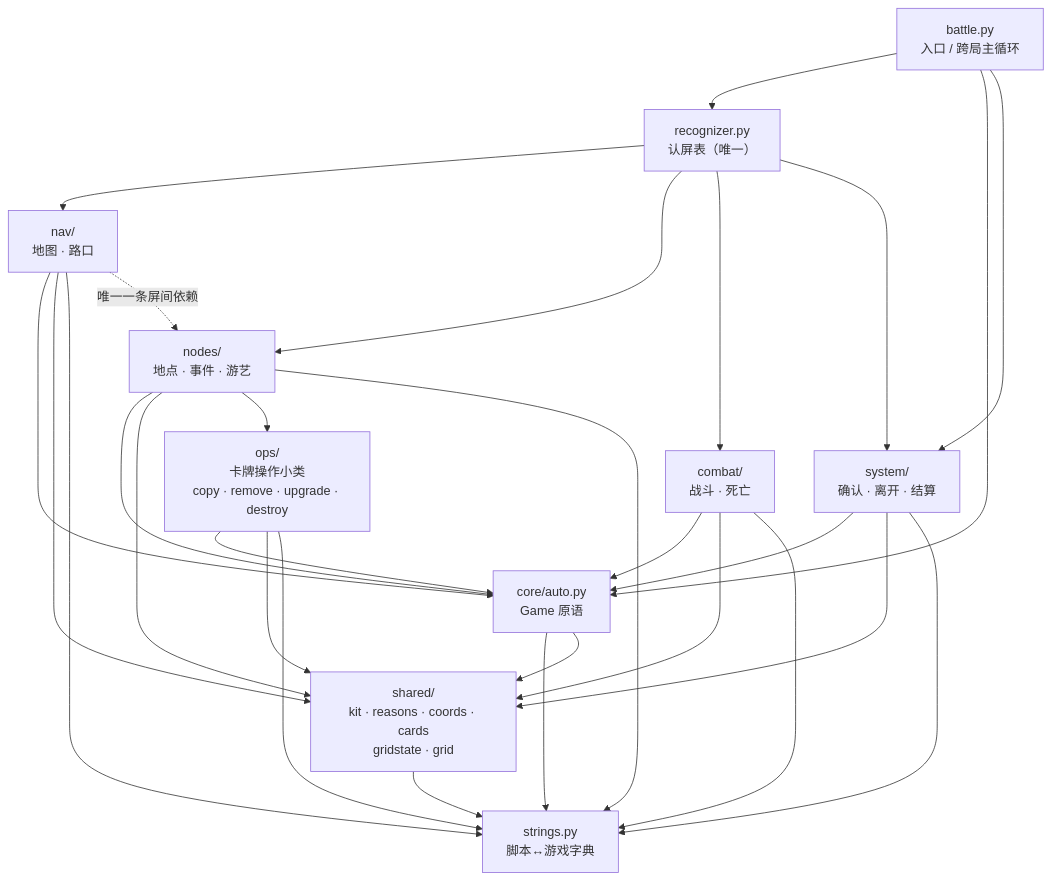
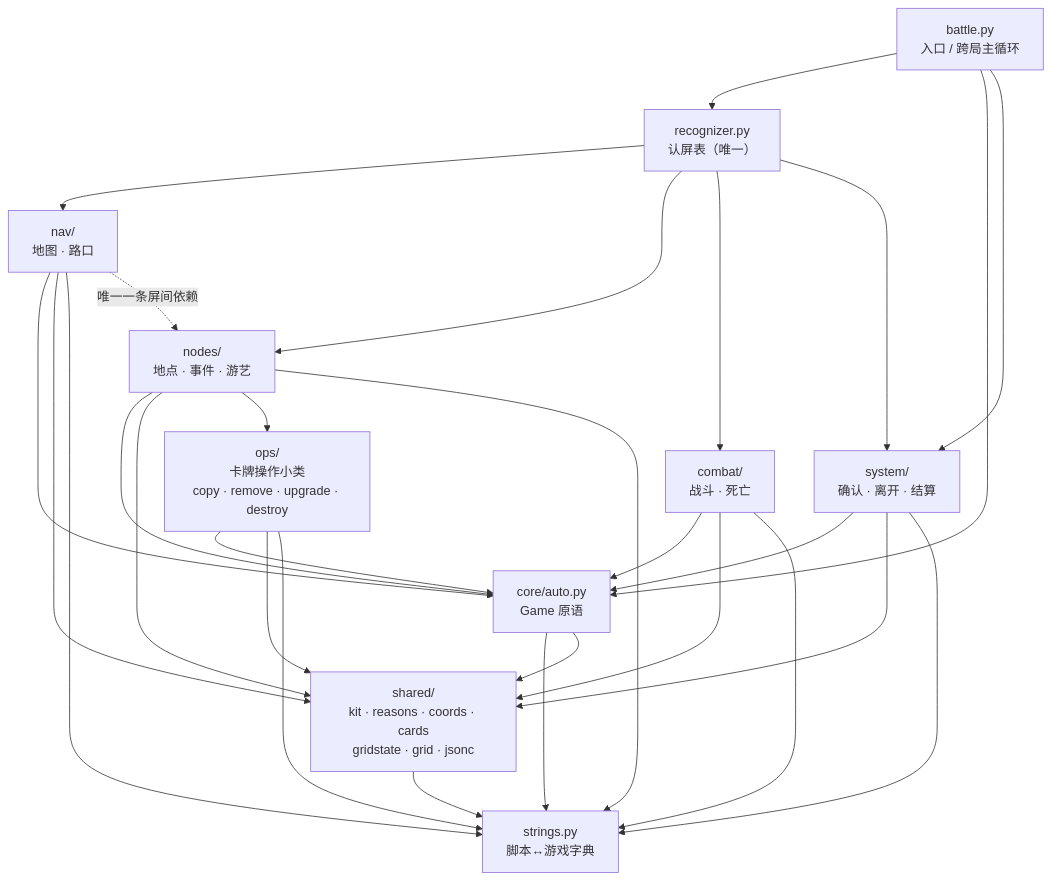
The first of 2 diagrams in docs/zh_cn/架构与流程图.md (yerh11/MaaHZSJ), drawn with Mermaid before and after one commit. The commit also changed other lines of this file and 8 other files, not shown here.

````diff
--- a/docs/zh_cn/架构与流程图.md
+++ b/docs/zh_cn/架构与流程图.md
@@ -67,49 +68,49 @@
 ```mermaid
 graph TD
     battle["battle.py<br/>入口 / 跨局主循环"]
     rec["recognizer.py<br/>认屏表（唯一）"]
     strs["strings.py<br/>脚本↔游戏字典"]
 
     core["core/auto.py<br/>Game 原语"]
-    shared["shared/<br/>kit · reasons · coords · cards<br/>gridstate · grid"]
+    shared["shared/<br/>kit · reasons · coords · cards<br/>gridstate · grid · jsonc"]
 
     ops["ops/<br/>卡牌操作小类<br/>copy · remove · upgrade · destroy"]
 
     nav["nav/<br/>地图 · 路口"]
     nodes["nodes/<br/>地点 · 事件 · 游艺"]
     combat["combat/<br/>战斗 · 死亡"]
     system["system/<br/>确认 · 离开 · 结算"]
 
     battle --> rec
     battle --> core
     battle --> system
 
     rec --> nav
     rec --> nodes
     rec --> combat
     rec --> system
 
     nav --> core
     nav --> shared
     nodes --> core
     nodes --> shared
     nodes --> ops
     combat --> core
     combat --> shared
     system --> core
     system --> shared
 
     ops --> core
     ops --> shared
 
     core --> strs
     shared --> strs
     core --> shared
     nav --> strs
     nodes --> strs
     combat --> strs
     system --> strs
     ops --> strs
 
     nav -. "唯一一条屏间依赖" .-> nodes
 ```
````
